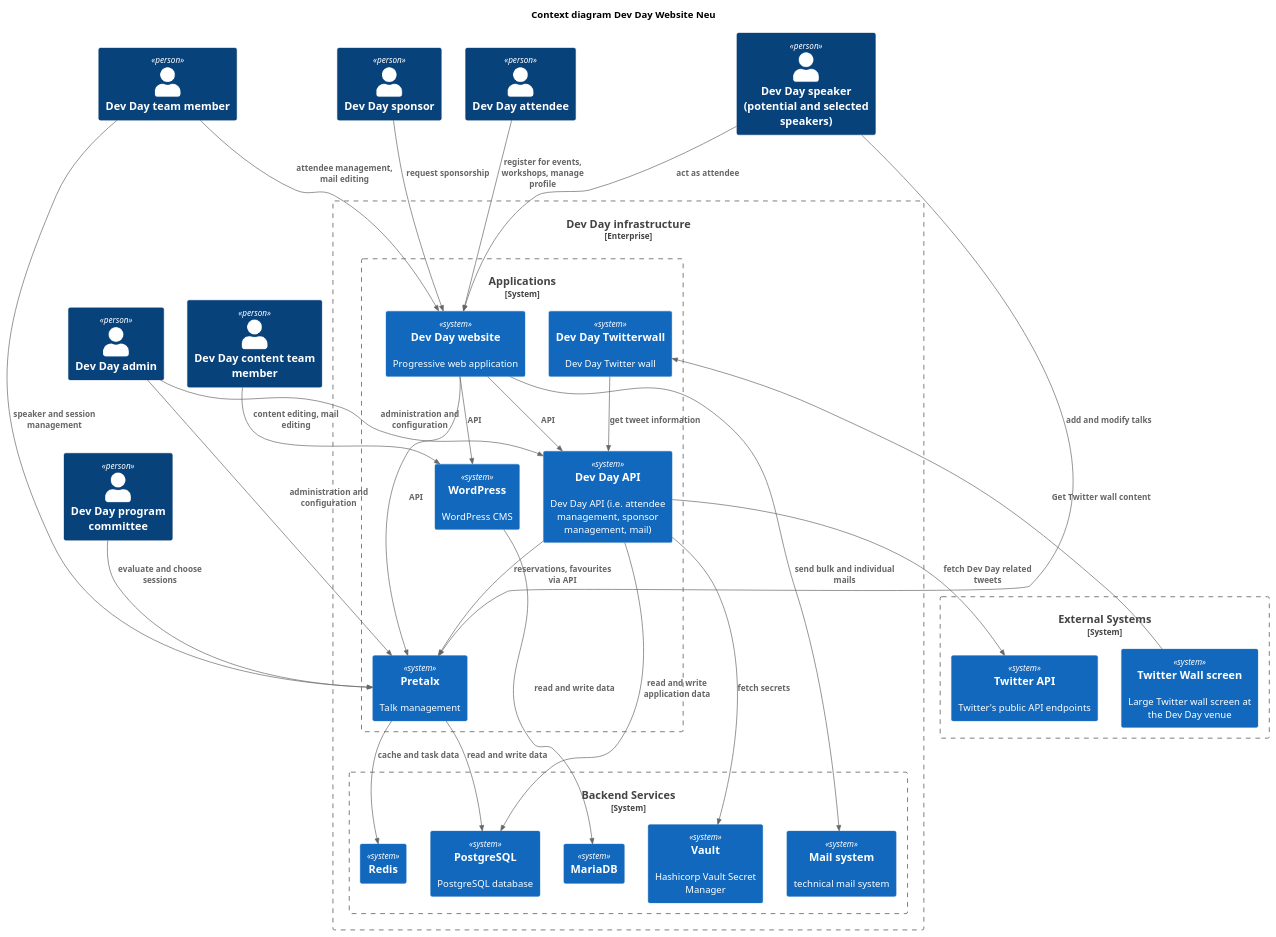
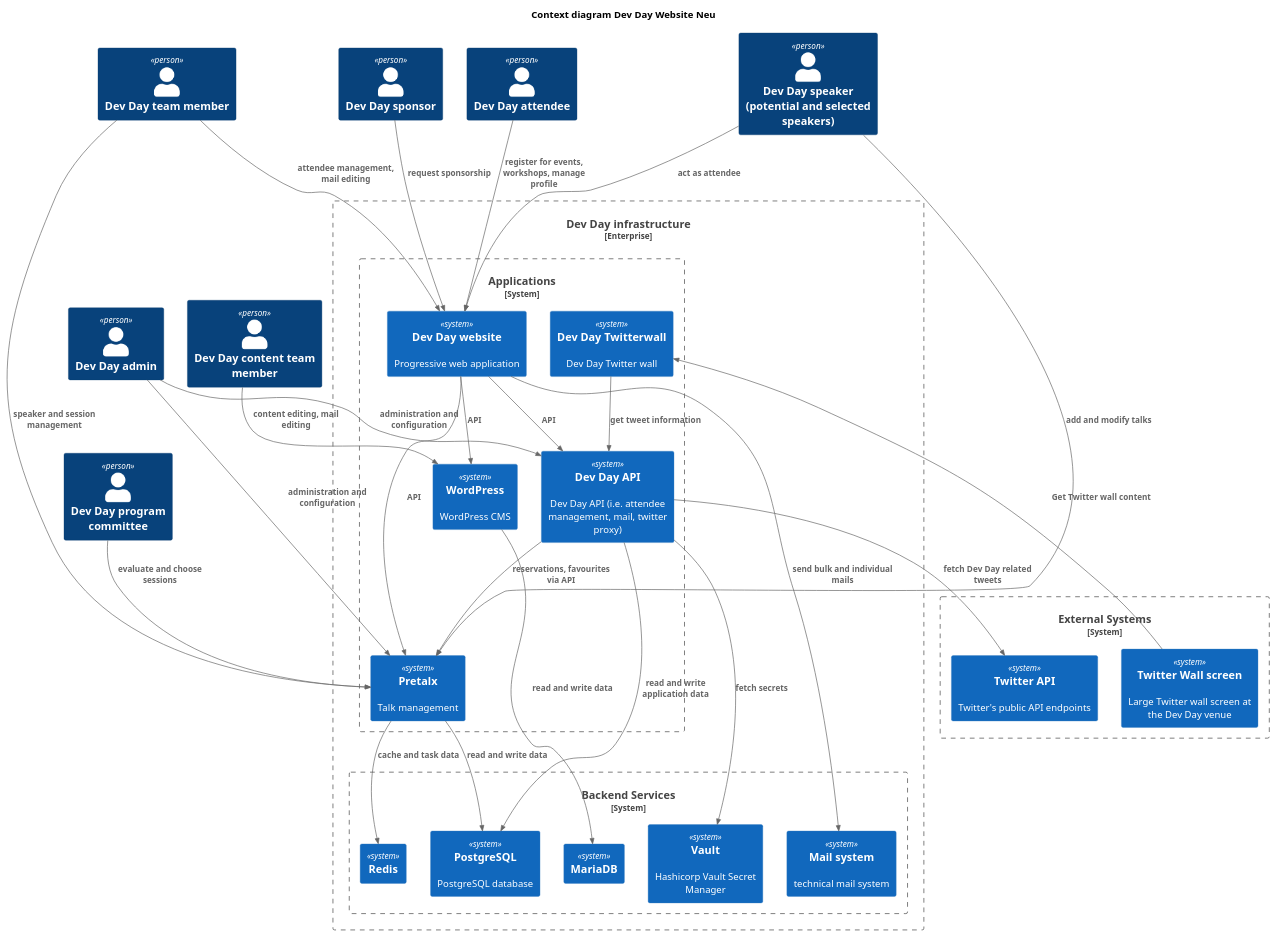
Before and after one commit to devdaydresden/devday_website: the diagram in docs/system_context_new.puml, drawn with PlantUML. The commit also changed 1 other file, not shown here.

Commit message:
Update proposed API functionality
- remove sponsoring (will be part of Wordpress content)
- add twitter proxy (required because of non-existent CORS functionality
  in upstream API)

```diff
--- a/docs/system_context_new.puml
+++ b/docs/system_context_new.puml
@@ -1,73 +1,73 @@
 @startuml
 !include <C4/C4_Context.puml>
 
 title Context diagram Dev Day Website Neu
 
 Enterprise_Boundary(DEVDAY, "Dev Day infrastructure") {
   System_Boundary(Applications, "Applications") {
     System(DevDayPWA, "Dev Day website", "Progressive web application")
-    System(DevDayAPI, "Dev Day API", "Dev Day API (i.e. attendee management, sponsor management, mail)")
+    System(DevDayAPI, "Dev Day API", "Dev Day API (i.e. attendee management, mail, twitter proxy)")
     System(TwitterWall, "Dev Day Twitterwall", "Dev Day Twitter wall")
     System(Pretalx, "Pretalx", "Talk management")
     System(CMS, "WordPress", "WordPress CMS")
   }
 
   System_Boundary(Backend, "Backend Services") {
     System(Vault, "Vault", "Hashicorp Vault Secret Manager")
     System(PostgreSQL, "PostgreSQL", "PostgreSQL database")
     System(TMS, "Mail system", "technical mail system")
     System(MariaDB, "MariaDB")
     System(Redis, "Redis")
   }
 }
 
 System_Boundary(ExternalSystems, "External Systems") {
   System(TwitterAPI, "Twitter API", "Twitter's public API endpoints")
   System(ScreenAtDevDay, "Twitter Wall screen", "Large Twitter wall screen at the Dev Day venue")
 }
 
 Person(DevDayAdmin, "Dev Day admin")
 Person(DevDayTeam, "Dev Day team member")
 Person(DevDayContentTeam, "Dev Day content team member")
 Person(DevDaySpeaker, "Dev Day speaker (potential and selected speakers)")
 Person(DevDaySponsor, "Dev Day sponsor")
 Person(DevDayAttendee, "Dev Day attendee")
 Person(DevDayCommittee, "Dev Day program committee")
 
 Rel(DevDayPWA, DevDayAPI, "API")
 Rel(DevDayPWA, Pretalx, "API")
 Rel(DevDayPWA, CMS, "API")
 Rel(DevDayPWA, TMS, "send bulk and individual mails")
 
 Rel(ScreenAtDevDay, TwitterWall, "Get Twitter wall content")
 
 Rel(DevDayAPI, Pretalx, "reservations, favourites via API")
 Rel(DevDayAPI, Vault, "fetch secrets")
 Rel(DevDayAPI, PostgreSQL, "read and write application data")
 Rel(DevDayAPI, TwitterAPI, "fetch Dev Day related tweets")
 
 Rel(CMS, MariaDB, "read and write data")
 
 Rel(Pretalx, PostgreSQL, "read and write data")
 Rel(Pretalx, Redis, "cache and task data")
 
 Rel(TwitterWall, DevDayAPI, "get tweet information")
 
 Rel(DevDayAdmin, DevDayAPI, "administration and configuration")
 Rel(DevDayAdmin, Pretalx, "administration and configuration")
 
 Rel(DevDayTeam, DevDayPWA, "attendee management, mail editing")
 Rel(DevDayTeam, Pretalx, "speaker and session management")
 
 Rel(DevDayContentTeam, CMS, "content editing, mail editing")
 
 Rel(DevDaySponsor, DevDayPWA, "request sponsorship")
 
 Rel(DevDaySpeaker, Pretalx, "add and modify talks")
 Rel(DevDaySpeaker, DevDayPWA, "act as attendee")
 
 Rel(DevDayAttendee, DevDayPWA, "register for events, workshops, manage profile")
 
 Rel(DevDayCommittee, Pretalx, "evaluate and choose sessions")
 
 @enduml
```
